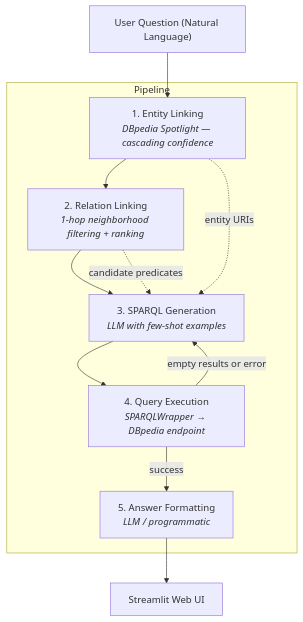
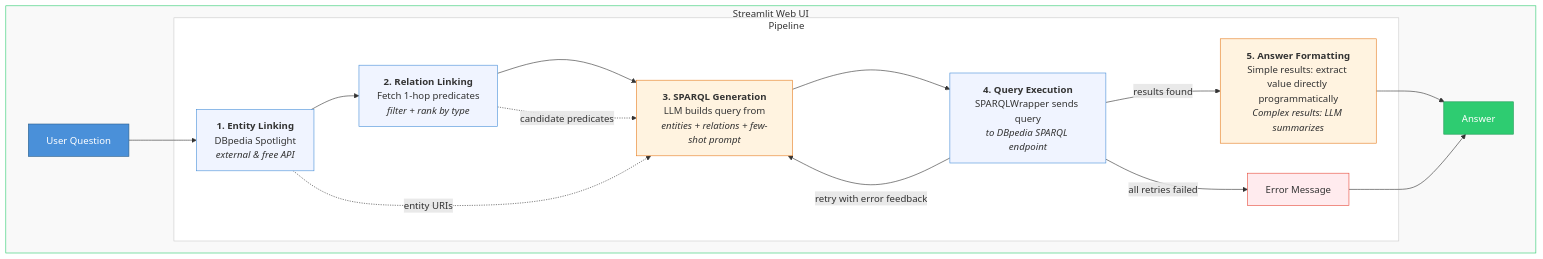
Before and after one commit to farmand-bt/KGQA_AML: the diagram in README.md, drawn with Mermaid.

Commit message:
edited architecture visualization

````diff
--- a/README.md
+++ b/README.md
@@ -15,22 +15,37 @@
 ```mermaid
 flowchart TD
-    Q["User Question (Natural Language)"]
-    Q --> EL
+    subgraph UI["Streamlit Web UI"]
+        Q["User Question"]
 
-    subgraph Pipeline
-        EL["1. Entity Linking\n<i>DBpedia Spotlight — cascading confidence</i>"]
-        RL["2. Relation Linking\n<i>1-hop neighborhood filtering + ranking</i>"]
-        SG["3. SPARQL Generation\n<i>LLM with few-shot examples</i>"]
-        QE["4. Query Execution\n<i>SPARQLWrapper → DBpedia endpoint</i>"]
-        AF["5. Answer Formatting\n<i>LLM / programmatic</i>"]
+        subgraph Pipeline
+            EL["<b>1. Entity Linking</b><br>DBpedia Spotlight<br><i>external & free API</i>"]
+            RL["<b>2. Relation Linking</b><br>Fetch 1-hop predicates<br><i>filter + rank by type</i>"]
+            SG["<b>3. SPARQL Generation</b><br>LLM builds query from<br><i>entities + relations + few-shot prompt</i>"]
+            QE["<b>4. Query Execution</b><br>SPARQLWrapper sends query<br><i>to DBpedia SPARQL endpoint</i>"]
+            AF["<b>5. Answer Formatting</b><br>Simple results: extract value directly programmatically<br><i>Complex results: LLM summarizes</i>"]
 
-        EL --> RL --> SG --> QE
-        QE -->|"empty results or error"| SG
-        QE -->|success| AF
+            EL --> RL --> SG --> QE
+            QE -->|"retry with error feedback"| SG
+            QE -->|"results found"| AF
+            QE -->|"all retries failed"| ERR["Error Message"]
+        end
+
+        Q --> EL
+        AF --> A["Answer"]
+        ERR --> A
     end
-
-    AF --> UI["Streamlit Web UI"]
 
     EL -. "entity URIs" .-> SG
     RL -. "candidate predicates" .-> SG
+
+    style UI fill:#f9f9f9,stroke:#2ecc71,color:#333
+    style Pipeline fill:#fff,stroke:#ccc
+    style Q fill:#4a90d9,stroke:#2c5f8a,color:#fff
+    style A fill:#2ecc71,stroke:#1a9c54,color:#fff
+    style EL fill:#f0f4ff,stroke:#4a90d9
+    style RL fill:#f0f4ff,stroke:#4a90d9
+    style SG fill:#fff3e0,stroke:#e67e22
+    style QE fill:#f0f4ff,stroke:#4a90d9
+    style AF fill:#fff3e0,stroke:#e67e22
+    style ERR fill:#ffebee,stroke:#e74c3c
 ```
````
